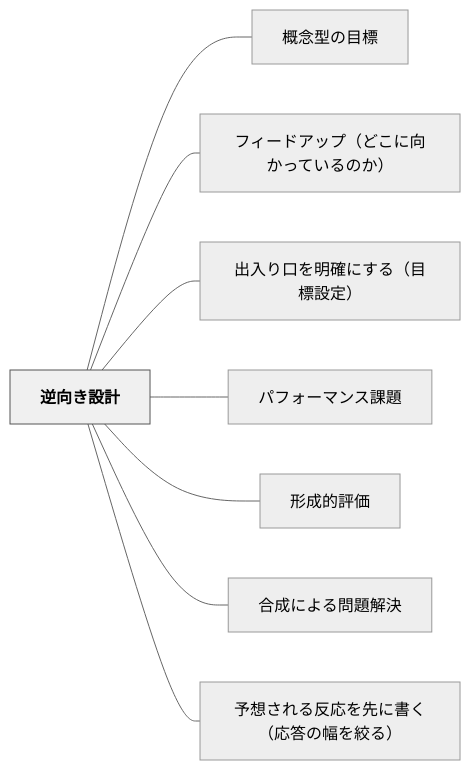
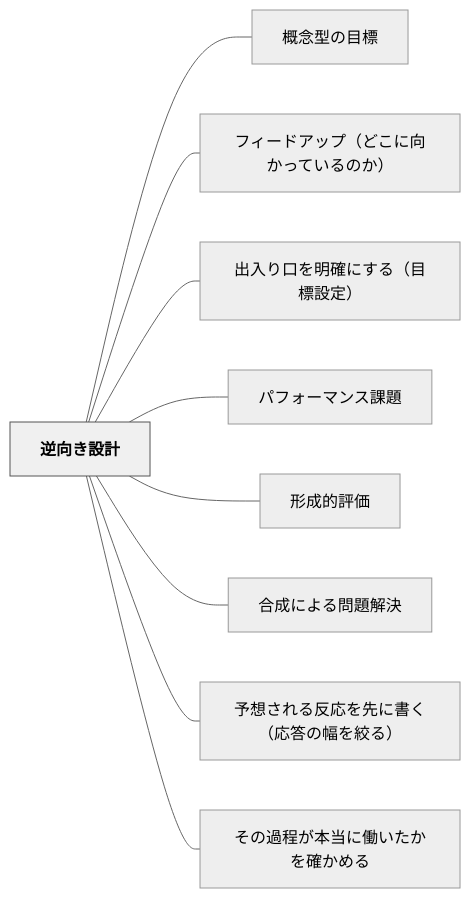
The diagram in content/パタン/逆向き設計.md (unknownthings-ed-patterns/unknownthings-ed-patterns), drawn with Mermaid (neutral theme) before and after one commit. The commit also changed other lines of this file and 17 other files, not shown here.

````diff
--- a/content/パタン/逆向き設計.md
+++ b/content/パタン/逆向き設計.md
@@ -107,22 +109,24 @@
 ```mermaid
 flowchart LR
     ne98086e59091e3818de8a8ade8a888["逆向き設計"]
     ne6a682e5bfb5e59e8be381aee79baee6a899["概念型の目標"]
     ne38395e382a3e383bce38389e382a2e38383e38397efbc88e381a9e38193e381abe59091e3818be381a3e381a6e38184e3828be381aee3818befbc89["フィードアップ（どこに向かっているのか）"]
     ne587bae585a5e3828ae58fa3e38292e6988ee7a2bae381abe38199e3828befbc88e79baee6a899e8a8ade5ae9aefbc89["出入り口を明確にする（目標設定）"]
     ne38391e38395e382a9e383bce3839ee383b3e382b9e8aab2e9a18c["パフォーマンス課題"]
     ne5bda2e68890e79a84e8a995e4bea1["形成的評価"]
     ne59088e68890e381abe38288e3828be5958fe9a18ce8a7a3e6b1ba["合成による問題解決"]
     ne4ba88e683b3e38195e3828ce3828be58f8de5bf9ce38292e58588e381abe69bb8e3818fefbc88e5bf9ce7ad94e381aee5b985e38292e7b59ee3828befbc89["予想される反応を先に書く（応答の幅を絞る）"]
+    ne3819de381aee9818ee7a88be3818ce69cace5bd93e381abe5838de38184e3819fe3818be38292e7a2bae3818be38281e3828b["その過程が本当に働いたかを確かめる"]
 
     ne98086e59091e3818de8a8ade8a888 --- ne6a682e5bfb5e59e8be381aee79baee6a899
     ne98086e59091e3818de8a8ade8a888 --- ne38395e382a3e383bce38389e382a2e38383e38397efbc88e381a9e38193e381abe59091e3818be381a3e381a6e38184e3828be381aee3818befbc89
     ne98086e59091e3818de8a8ade8a888 --- ne587bae585a5e3828ae58fa3e38292e6988ee7a2bae381abe38199e3828befbc88e79baee6a899e8a8ade5ae9aefbc89
     ne98086e59091e3818de8a8ade8a888 --- ne38391e38395e382a9e383bce3839ee383b3e382b9e8aab2e9a18c
     ne98086e59091e3818de8a8ade8a888 --- ne5bda2e68890e79a84e8a995e4bea1
     ne98086e59091e3818de8a8ade8a888 --- ne59088e68890e381abe38288e3828be5958fe9a18ce8a7a3e6b1ba
     ne98086e59091e3818de8a8ade8a888 --- ne4ba88e683b3e38195e3828ce3828be58f8de5bf9ce38292e58588e381abe69bb8e3818fefbc88e5bf9ce7ad94e381aee5b985e38292e7b59ee3828befbc89
+    ne98086e59091e3818de8a8ade8a888 --- ne3819de381aee9818ee7a88be3818ce69cace5bd93e381abe5838de38184e3819fe3818be38292e7a2bae3818be38281e3828b
 
     classDef hub fill:#f0f0f0,stroke:#555,color:#000,font-weight:bold
     class ne98086e59091e3818de8a8ade8a888 hub
 ```
````
